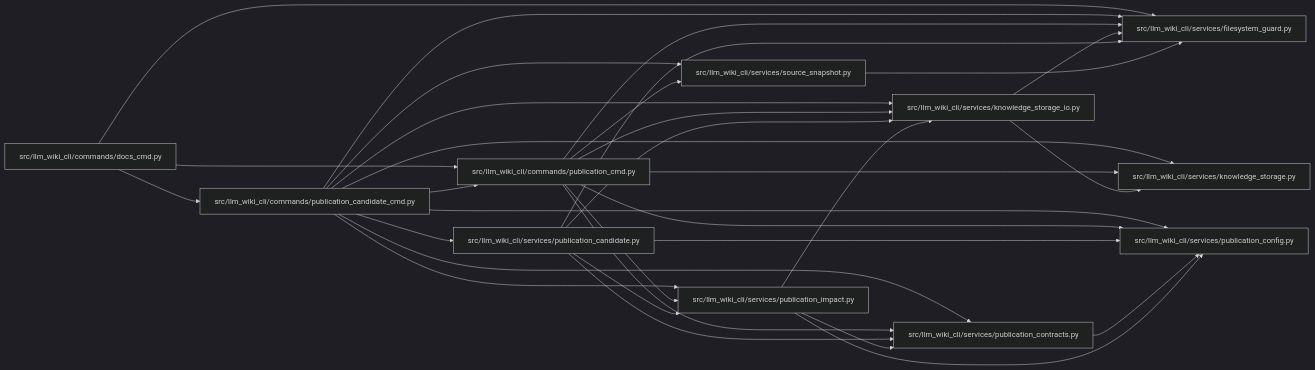
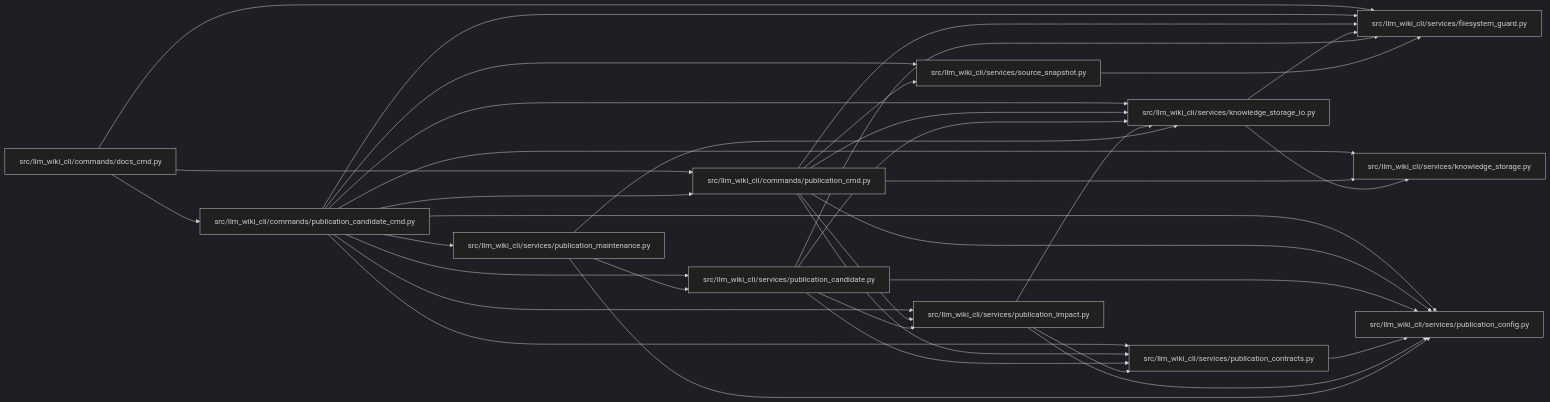
One commit to Denissvgn/python-wiki-llm changed the diagram in docs/llm_wiki/modules/publication_candidate_cmd.md. Above: the diagram before and after it, drawn with Mermaid (dark theme). The commit also changed other lines of this file and 375 other files, not shown here.

````diff
--- a/docs/llm_wiki/modules/publication_candidate_cmd.md
+++ b/docs/llm_wiki/modules/publication_candidate_cmd.md
@@ -30,56 +31,62 @@
 ```mermaid
 flowchart LR
     n0["src/llm_wiki_cli/commands/docs_cmd.py"]
     n1["src/llm_wiki_cli/commands/publication_candidate_cmd.py"]
     n2["src/llm_wiki_cli/commands/publication_cmd.py"]
     n3["src/llm_wiki_cli/services/filesystem_guard.py"]
     n4["src/llm_wiki_cli/services/knowledge_storage.py"]
     n5["src/llm_wiki_cli/services/knowledge_storage_io.py"]
     n6["src/llm_wiki_cli/services/publication_candidate.py"]
     n7["src/llm_wiki_cli/services/publication_config.py"]
     n8["src/llm_wiki_cli/services/publication_contracts.py"]
     n9["src/llm_wiki_cli/services/publication_impact.py"]
-    n10["src/llm_wiki_cli/services/source_snapshot.py"]
+    n10["src/llm_wiki_cli/services/publication_maintenance.py"]
+    n11["src/llm_wiki_cli/services/source_snapshot.py"]
     n0 --> n1
     n0 --> n2
     n0 --> n3
     n1 --> n2
     n1 --> n3
     n1 --> n4
     n1 --> n5
     n1 --> n6
     n1 --> n7
     n1 --> n8
     n1 --> n9
     n1 --> n10
+    n1 --> n11
     n2 --> n3
     n2 --> n4
     n2 --> n5
     n2 --> n7
     n2 --> n8
     n2 --> n9
-    n2 --> n10
+    n2 --> n11
     n5 --> n3
     n5 --> n4
     n6 --> n3
     n6 --> n5
     n6 --> n7
     n6 --> n8
     n6 --> n9
     n8 --> n7
     n9 --> n5
     n9 --> n7
     n9 --> n8
-    n10 --> n3
+    n10 --> n5
+    n10 --> n6
+    n10 --> n7
+    n11 --> n3
     click n0 "../modules/docs_cmd.md"
     click n1 "../modules/publication_candidate_cmd.md"
     click n2 "../modules/publication_cmd.md"
     click n3 "../modules/filesystem_guard.md"
     click n4 "../modules/knowledge_storage.md"
     click n5 "../modules/knowledge_storage_io.md"
     click n6 "../modules/publication_candidate.md"
     click n7 "../modules/publication_config.md"
     click n8 "../modules/publication_contracts.md"
     click n9 "../modules/publication_impact.md"
-    click n10 "../modules/source_snapshot.md"
+    click n10 "../modules/publication_maintenance.md"
+    click n11 "../modules/source_snapshot.md"
 ```
````
